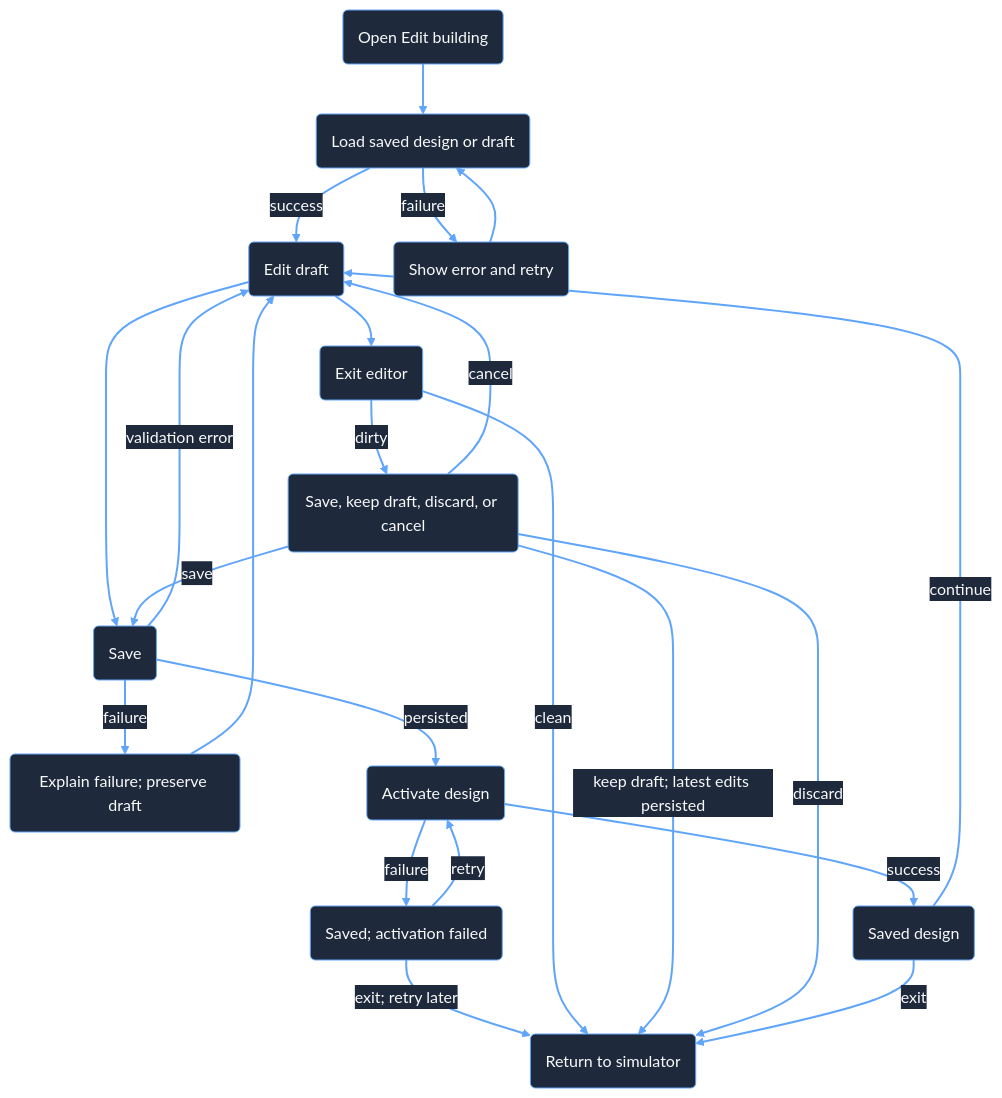
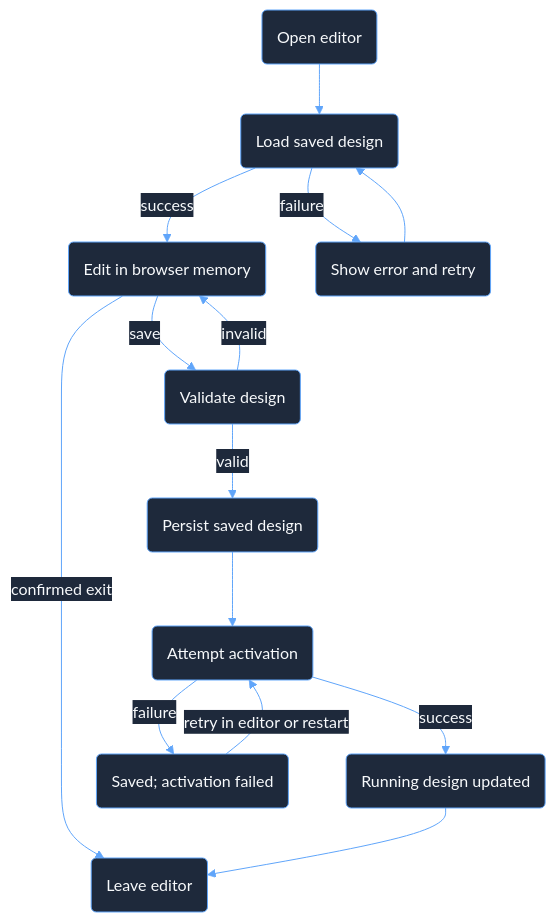
The diagram in docs/ux/simulator/editor/ux.md (wmorgan69/light-controller-simulator), drawn with Mermaid before and after one commit. The commit also changed other lines of this file and 58 other files, not shown here.

First line of the commit message:
feat: implement local building editor with design persistence

````diff
--- a/docs/ux/simulator/editor/ux.md
+++ b/docs/ux/simulator/editor/ux.md
@@ -43,39 +43,29 @@
 ```mermaid
 ---
 config:
   theme: base
   themeVariables:
     darkMode: true
     primaryColor: '#1E293B'
     primaryTextColor: '#F8FAFC'
     primaryBorderColor: '#60A5FA'
     lineColor: '#60A5FA'
     edgeLabelBackground: '#1E293B'
     textColor: '#F8FAFC'
 ---
 flowchart TD
-    Entry("Open Edit building") --> Load("Load saved design or draft")
-    Load -->|success| Edit("Edit draft")
+    Entry("Open editor") --> Load("Load saved design")
+    Load -->|success| Edit("Edit in browser memory")
     Load -->|failure| Retry("Show error and retry")
     Retry --> Load
-    Edit --> Save("Save")
-    Save -->|validation error| Edit
-    Save -->|failure| Recover("Explain failure; preserve draft")
-    Recover --> Edit
-    Save -->|persisted| Activate("Activate design")
-    Activate -->|success| Clean("Saved design")
-    Activate -->|failure| ActivateError("Saved; activation failed")
-    ActivateError -->|retry| Activate
-    ActivateError -->|exit; retry later| Leave("Return to simulator")
-    Edit --> Exit("Exit editor")
-    Exit -->|dirty| Confirm("Save, keep draft, discard, or cancel")
-    Exit -->|clean| Leave("Return to simulator")
-    Confirm -->|cancel| Edit
-    Confirm -->|save| Save
-    Confirm -->|keep draft; latest edits persisted| Leave
-    Confirm -->|discard| Leave
-    Clean -->|continue| Edit
-    Clean -->|exit| Leave
+    Edit -->|save| Validate("Validate design")
+    Validate -->|invalid| Edit
+    Validate -->|valid| Saved("Persist saved design")
+    Saved --> Activate("Attempt activation")
+    Activate -->|success| Active("Running design updated")
+    Activate -->|failure| Failed("Saved; activation failed")
+    Failed -->|retry in editor or restart| Activate
+    Edit -->|confirmed exit| Leave("Leave editor")
+    Active --> Leave
     classDef default fill:#1E293B,stroke:#60A5FA,color:#F8FAFC;
-    linkStyle default stroke:#60A5FA,stroke-width:2px;
 ```
````
